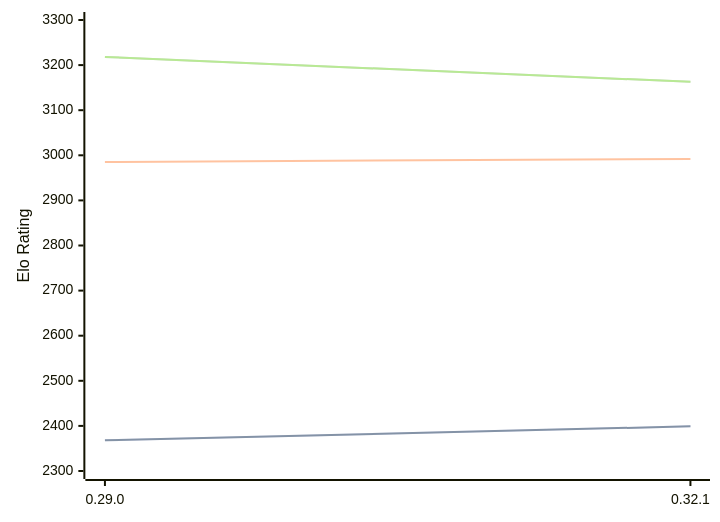
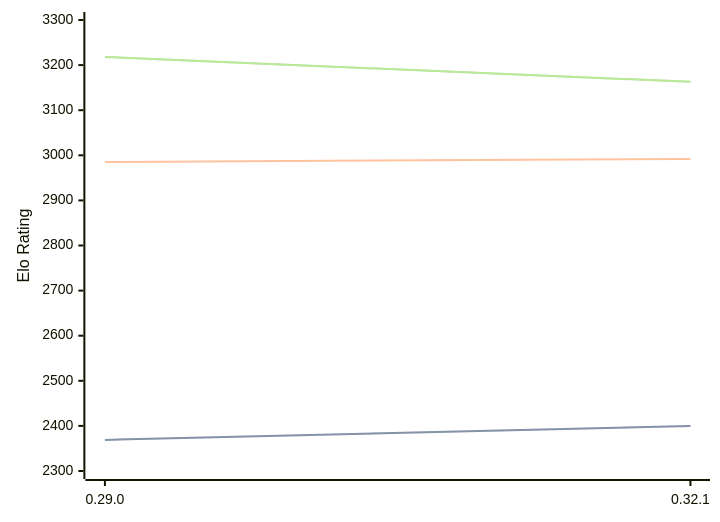
The diagram in engines/Lc0.md (computer-chess-index/cci), drawn with Mermaid before and after one commit. The commit also changed other lines of this file, not shown here.

````diff
--- a/engines/Lc0.md
+++ b/engines/Lc0.md
@@ -68,11 +68,11 @@
 ```mermaid
 %%{init: {"theme":"base","themeVariables":{"seriesColors:['#a3a3a3','#222221','#faa371']}}}%%
 xychart-beta
   x-axis ["0.29.0", "0.32.1"]
   y-axis "Elo Rating" 2300 --> 3300
-  line "STC (8.0+0.08s)" [2368, 2399]
-  line "STC (8.0+0.08s)" [2368, 2399]
+  line "STC (8.0+0.08s)" [2369, 2400]
+  line "STC (8.0+0.08s)" [2369, 2400]
   line "LTC (60.0+0.60s)" [2985, 2992]
   line "VLTC (2m24s+1.12s)" [3218, 3163]
   line "VLTC (2m24s+1.12s)" [3218, 3163]
 ```
````
